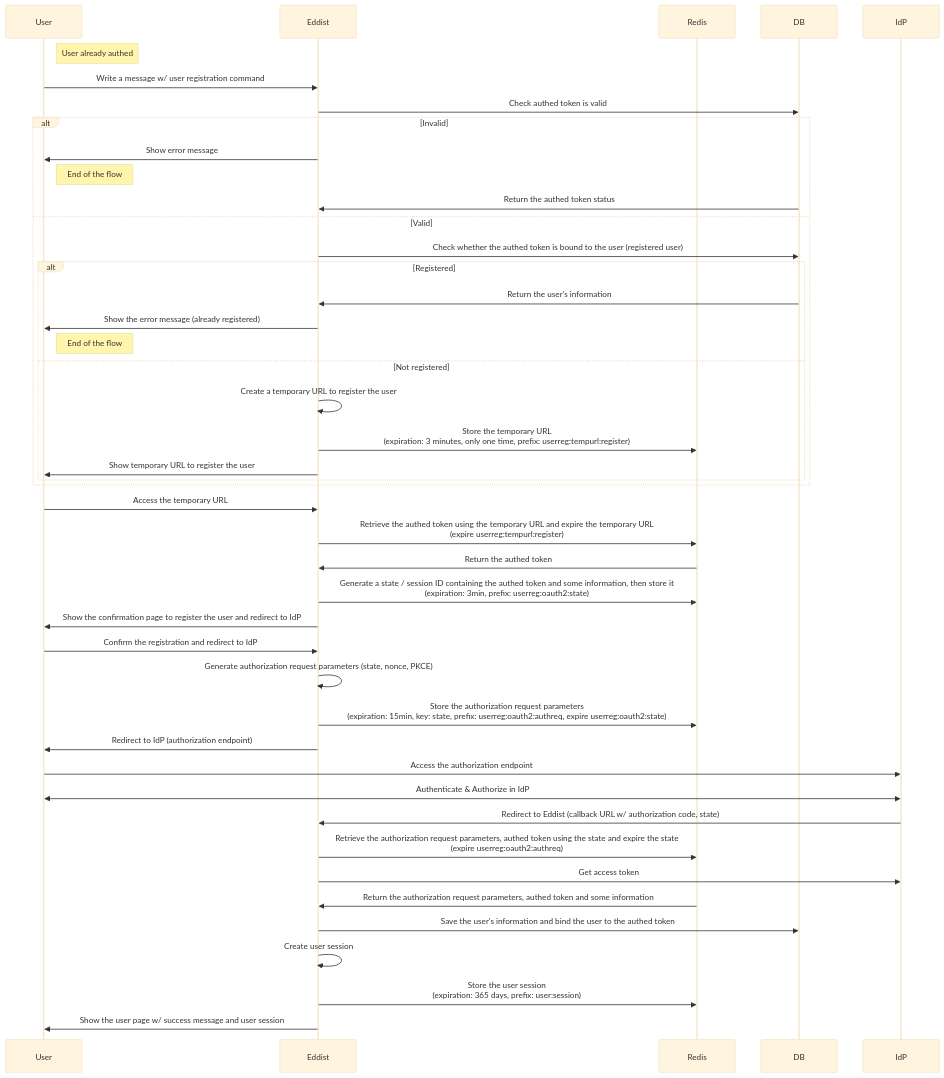
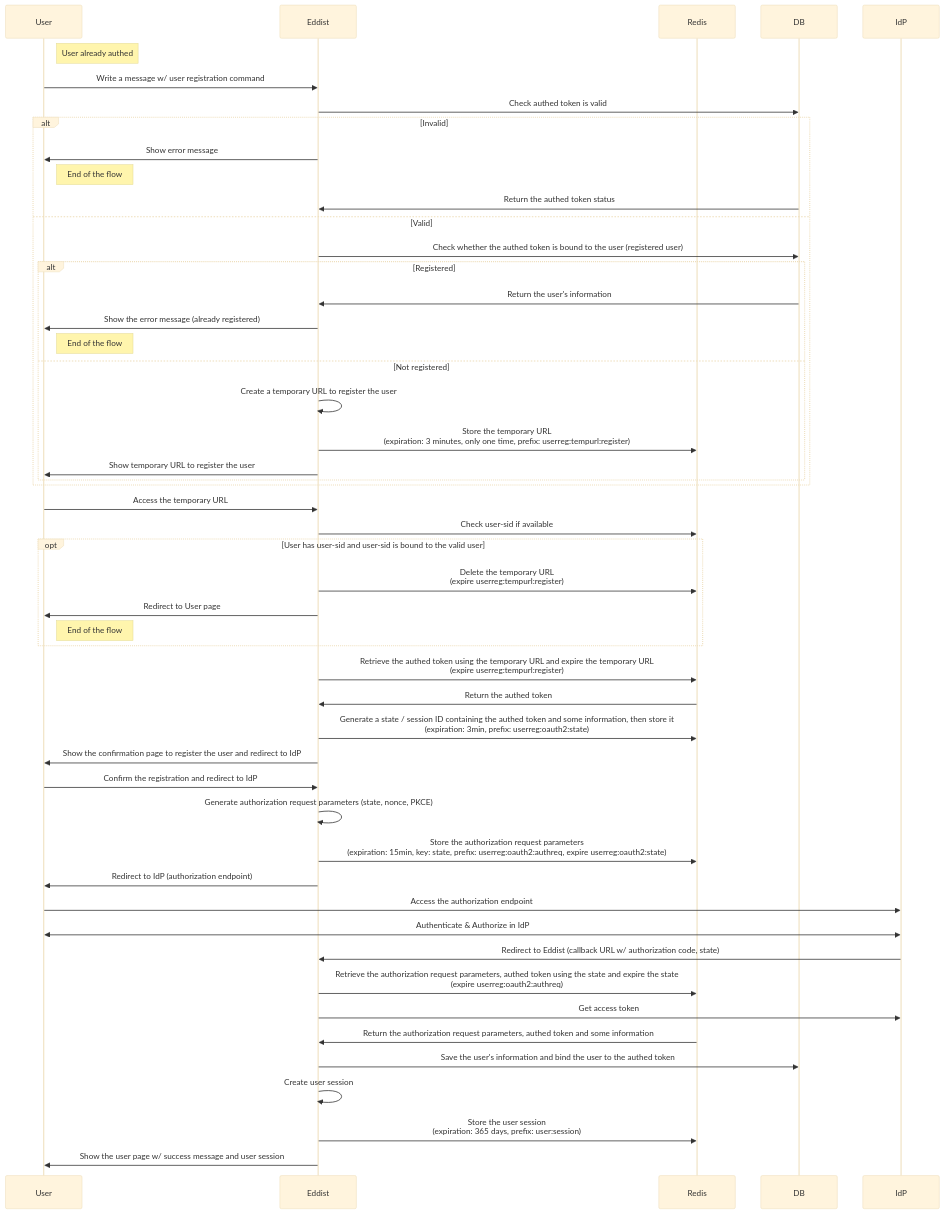
The first of 4 diagrams in docs/user-registration.md (edginer/eddist), drawn with Mermaid (base theme) before and after one commit. The commit also changed other lines of this file and 15 other files, not shown here.

Commit message:
WIP: Add login flow and refactoring

````diff
--- a/docs/user-registration.md
+++ b/docs/user-registration.md
@@ -29,48 +28,54 @@
 ```mermaid
 sequenceDiagram
     participant User
     participant Eddist
     participant Redis
     participant DB
     participant IdP
 
     Note right of User: User already authed
     User->>Eddist: Write a message w/ user registration command
     Eddist->>DB: Check authed token is valid
     alt Invalid
         Eddist->>User: Show error message
         Note right of User: End of the flow
         DB->>Eddist: Return the authed token status
     else Valid
         Eddist->>DB: Check whether the authed token is bound to the user (registered user)
         alt Registered
             DB->>Eddist: Return the user's information
             Eddist->>User: Show the error message (already registered)
             Note right of User: End of the flow
         else Not registered
             Eddist->>Eddist: Create a temporary URL to register the user
             Eddist->>Redis: Store the temporary URL <br> (expiration: 3 minutes, only one time, prefix: userreg:tempurl:register)
             Eddist->>User: Show temporary URL to register the user
         end
     end
     
     User->>Eddist: Access the temporary URL
+    Eddist->>Redis: Check user-sid if available
+    opt User has user-sid and user-sid is bound to the valid user
+        Eddist->>Redis: Delete the temporary URL <br> (expire userreg:tempurl:register)
+        Eddist->>User: Redirect to User page
+        Note right of User: End of the flow
+    end 
     Eddist->>Redis: Retrieve the authed token using the temporary URL and expire the temporary URL <br> (expire userreg:tempurl:register)
     Redis->>Eddist: Return the authed token
     Eddist->>Redis: Generate a state / session ID containing the authed token and some information, then store it <br> (expiration: 3min, prefix: userreg:oauth2:state)
     Eddist->>User: Show the confirmation page to register the user and redirect to IdP
     User->>Eddist: Confirm the registration and redirect to IdP
     Eddist->>Eddist: Generate authorization request parameters (state, nonce, PKCE)    
     Eddist->>Redis: Store the authorization request parameters <br> (expiration: 15min, key: state, prefix: userreg:oauth2:authreq, expire userreg:oauth2:state)
     Eddist->>User: Redirect to IdP (authorization endpoint)
     User->>IdP: Access the authorization endpoint
     IdP<<->>User: Authenticate & Authorize in IdP
     IdP->>Eddist: Redirect to Eddist (callback URL w/ authorization code, state)
     Eddist->>Redis: Retrieve the authorization request parameters, authed token using the state and expire the state <br> (expire userreg:oauth2:authreq)
     Eddist->>IdP: Get access token
     Redis->>Eddist: Return the authorization request parameters, authed token and some information
     Eddist->>DB: Save the user's information and bind the user to the authed token
     Eddist->>Eddist: Create user session
     Eddist->>Redis: Store the user session <br> (expiration: 365 days, prefix: user:session)
     Eddist->>User: Show the user page w/ success message and user session
 ```
````
